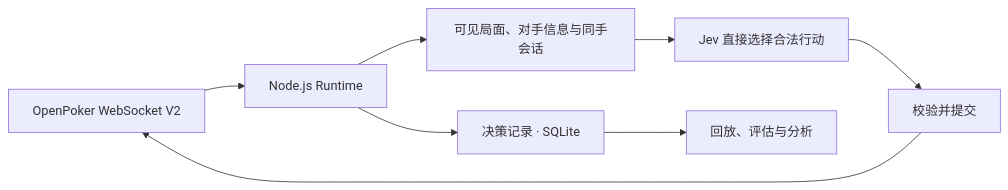
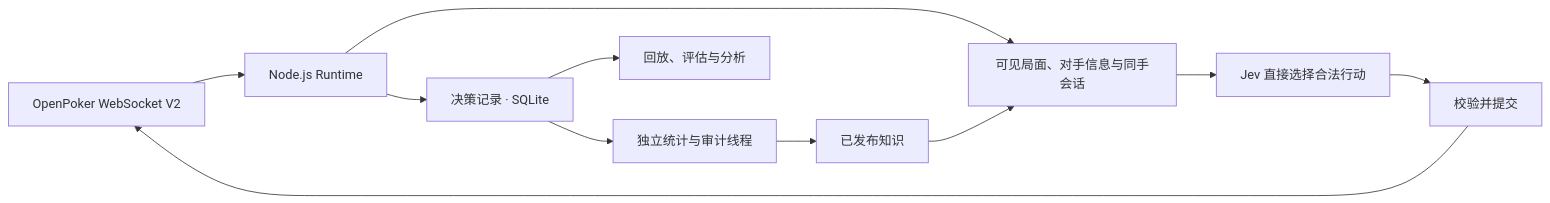
One commit to hewenyu/jev-card-agent changed the diagram in README.zh-CN.md. Above: the diagram before and after it, drawn with Mermaid. The commit also changed other lines of this file and 57 other files, not shown here.

````diff
--- a/README.zh-CN.md
+++ b/README.zh-CN.md
@@ -29,10 +29,13 @@
 ```mermaid
 flowchart LR
   O[OpenPoker WebSocket V2] --> R[Node.js Runtime]
   R --> C[可见局面、对手信息与同手会话]
   C --> J[Jev 直接选择合法行动]
   J --> V[校验并提交]
   V --> O
   R --> T[决策记录 · SQLite]
   T --> E[回放、评估与分析]
+  T --> S[独立统计与审计线程]
+  S --> K[已发布知识]
+  K --> C
 ```
````
